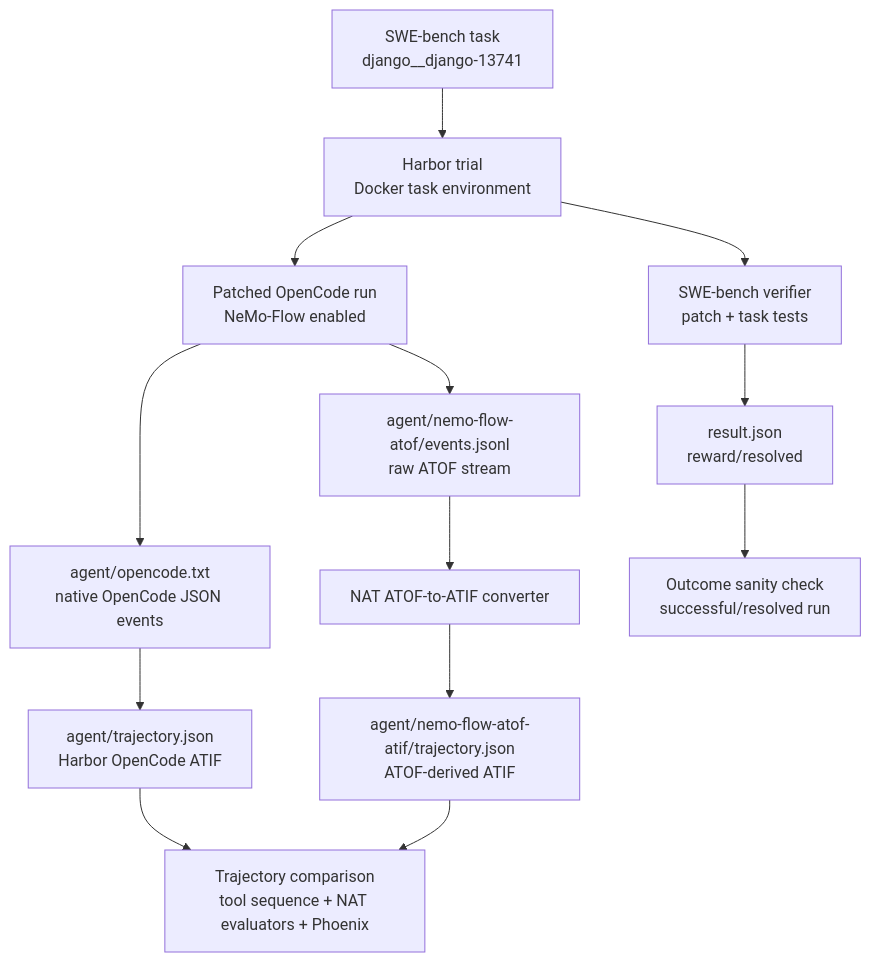
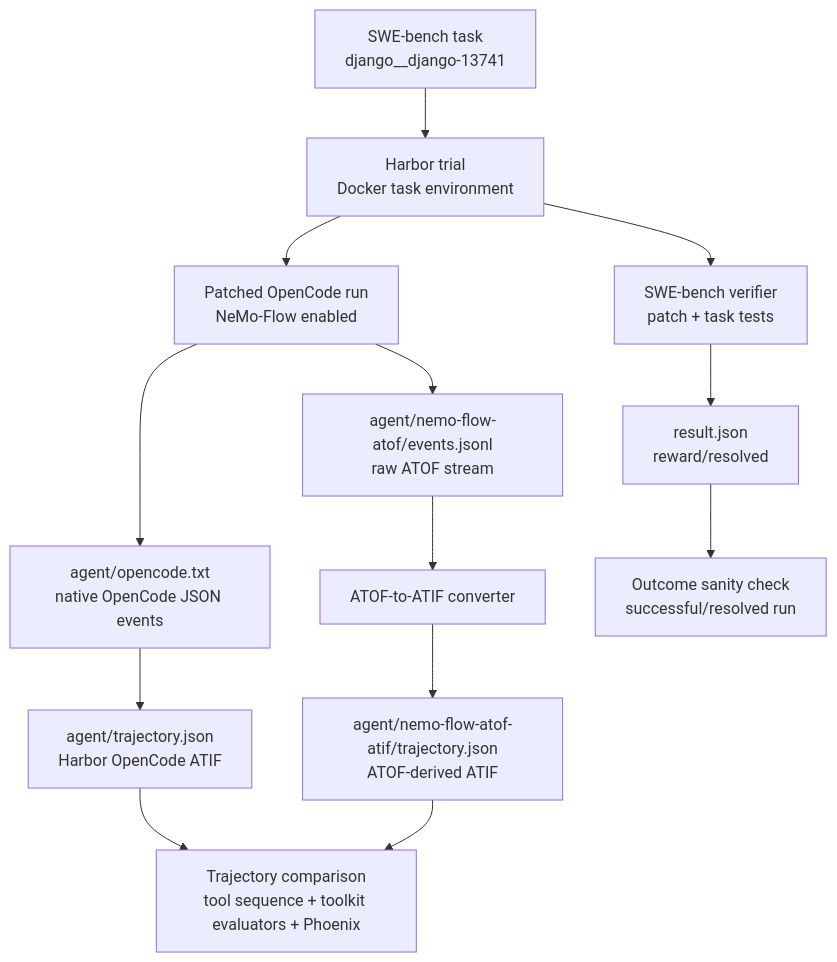
The diagram in packages/nvidia_nat_harbor/opencode-nemoflow-smoke.md (NVIDIA/NeMo-Agent-Toolkit), drawn with Mermaid before and after one commit. The commit also changed other lines of this file and 6 other files, not shown here.

````diff
--- a/packages/nvidia_nat_harbor/opencode-nemoflow-smoke.md
+++ b/packages/nvidia_nat_harbor/opencode-nemoflow-smoke.md
@@ -29,20 +29,20 @@
 ```mermaid
 flowchart TD
   task[SWE-bench task<br/>django__django-13741] --> harbor[Harbor trial<br/>Docker task environment]
 
   harbor --> run[Patched OpenCode run<br/>NeMo-Flow enabled]
   run --> nativeLog[agent/opencode.txt<br/>native OpenCode JSON events]
   nativeLog --> nativeAtif[agent/trajectory.json<br/>Harbor OpenCode ATIF]
 
   run --> atof[agent/nemo-flow-atof/events.jsonl<br/>raw ATOF stream]
-  atof --> converter[NAT ATOF-to-ATIF converter]
+  atof --> converter[ATOF-to-ATIF converter]
   converter --> nfAtif[agent/nemo-flow-atof-atif/trajectory.json<br/>ATOF-derived ATIF]
 
   harbor --> swe[SWE-bench verifier<br/>patch + task tests]
   swe --> result[result.json<br/>reward/resolved]
 
-  nativeAtif --> compare[Trajectory comparison<br/>tool sequence + NAT evaluators + Phoenix]
+  nativeAtif --> compare[Trajectory comparison<br/>tool sequence + toolkit evaluators + Phoenix]
   nfAtif --> compare
   result --> outcome[Outcome sanity check<br/>successful/resolved run]
 
 ```
````
